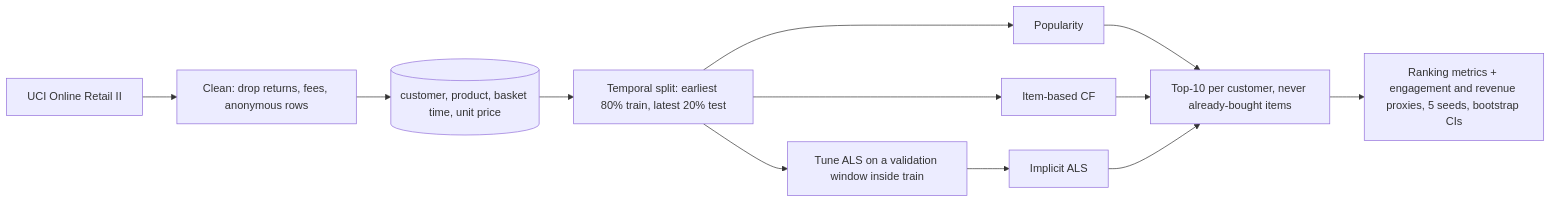
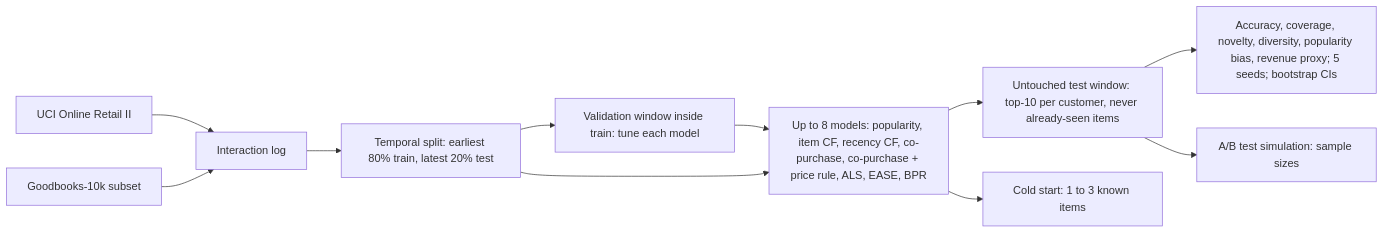
Before and after one commit to Janeferdinant/ecommerce-recommender: the diagram in README.md, drawn with Mermaid. The commit also changed other lines of this file, not shown here.

````diff
--- a/README.md
+++ b/README.md
@@ -48,14 +50,13 @@
 ```mermaid
 flowchart LR
-    A[UCI Online Retail II] --> B[Clean: drop returns, fees, anonymous rows]
-    B --> C[(customer, product, basket time, unit price)]
+    A[UCI Online Retail II] --> C[Interaction log]
+    B[Goodbooks-10k subset] --> C
     C --> D[Temporal split: earliest 80% train, latest 20% test]
-    D --> T[Tune ALS on a validation window inside train]
-    D --> E[Popularity]
-    D --> F[Item-based CF]
-    T --> G[Implicit ALS]
-    E --> H[Top-10 per customer, never already-bought items]
-    F --> H
-    G --> H
-    H --> I[Ranking metrics + engagement and revenue proxies, 5 seeds, bootstrap CIs]
+    D --> V[Validation window inside train: tune each model]
+    V --> M[Up to 8 models: popularity, item CF, recency CF, co-purchase, co-purchase + price rule, ALS, EASE, BPR]
+    D --> M
+    M --> T[Untouched test window: top-10 per customer, never already-seen items]
+    T --> E[Accuracy, coverage, novelty, diversity, popularity bias, revenue proxy; 5 seeds; bootstrap CIs]
+    M --> F[Cold start: 1 to 3 known items]
+    T --> G[A/B test simulation: sample sizes]
 ```
````
